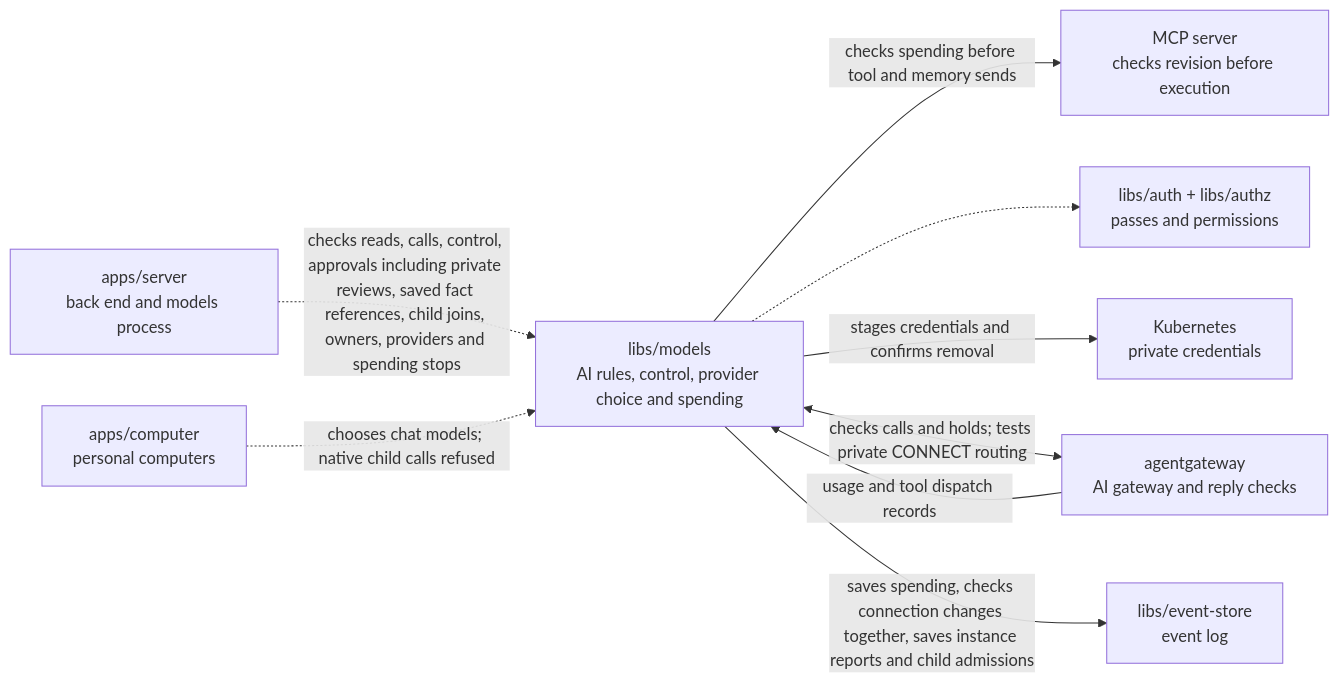
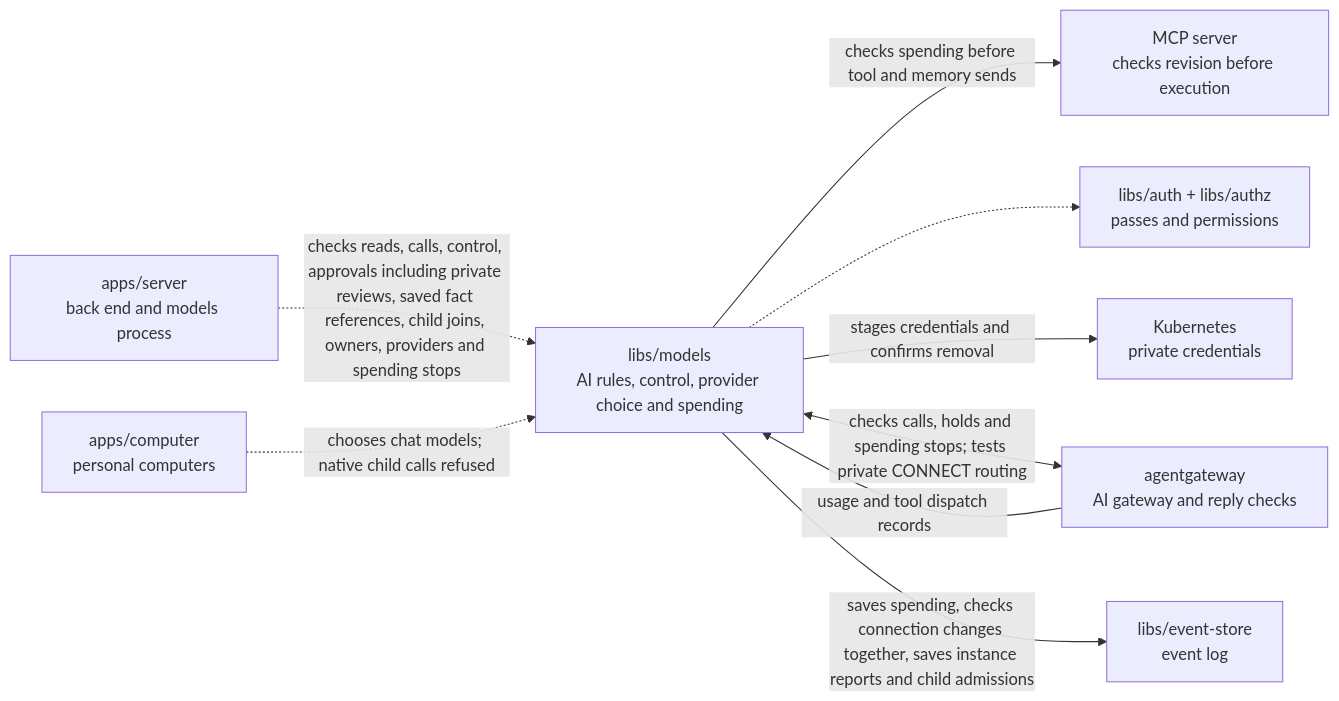
Before and after one commit to elewa-git/opencrane-new: the diagram in libs/models/README.md, drawn with Mermaid. The commit also changed other lines of this file and 4 other files, not shown here.

````diff
--- a/libs/models/README.md
+++ b/libs/models/README.md
@@ -14,11 +14,11 @@
 ```mermaid
 flowchart LR
   server["apps/server<br/>back end and models process"] -.->|checks reads, calls, control, approvals including private reviews, saved fact references, child joins, owners, providers and spending stops| models["libs/models<br/>AI rules, control, provider choice and spending"]
   models -->|checks spending before tool and memory sends| mcp["MCP server<br/>checks revision before execution"]
   computer["apps/computer<br/>personal computers"] -.->|chooses chat models; native child calls refused| models
   models -.-> auth["libs/auth + libs/authz<br/>passes and permissions"]
   models -->|stages credentials and confirms removal| custody["Kubernetes<br/>private credentials"]
-  models <-->|checks calls and holds; tests private CONNECT routing| gateway["agentgateway<br/>AI gateway and reply checks"]
+  models <-->|checks calls, holds and spending stops; tests private CONNECT routing| gateway["agentgateway<br/>AI gateway and reply checks"]
   gateway -->|usage and tool dispatch records| models
   models -->|saves spending, checks connection changes together, saves instance reports and child admissions| store["libs/event-store<br/>event log"]
 ```
````
